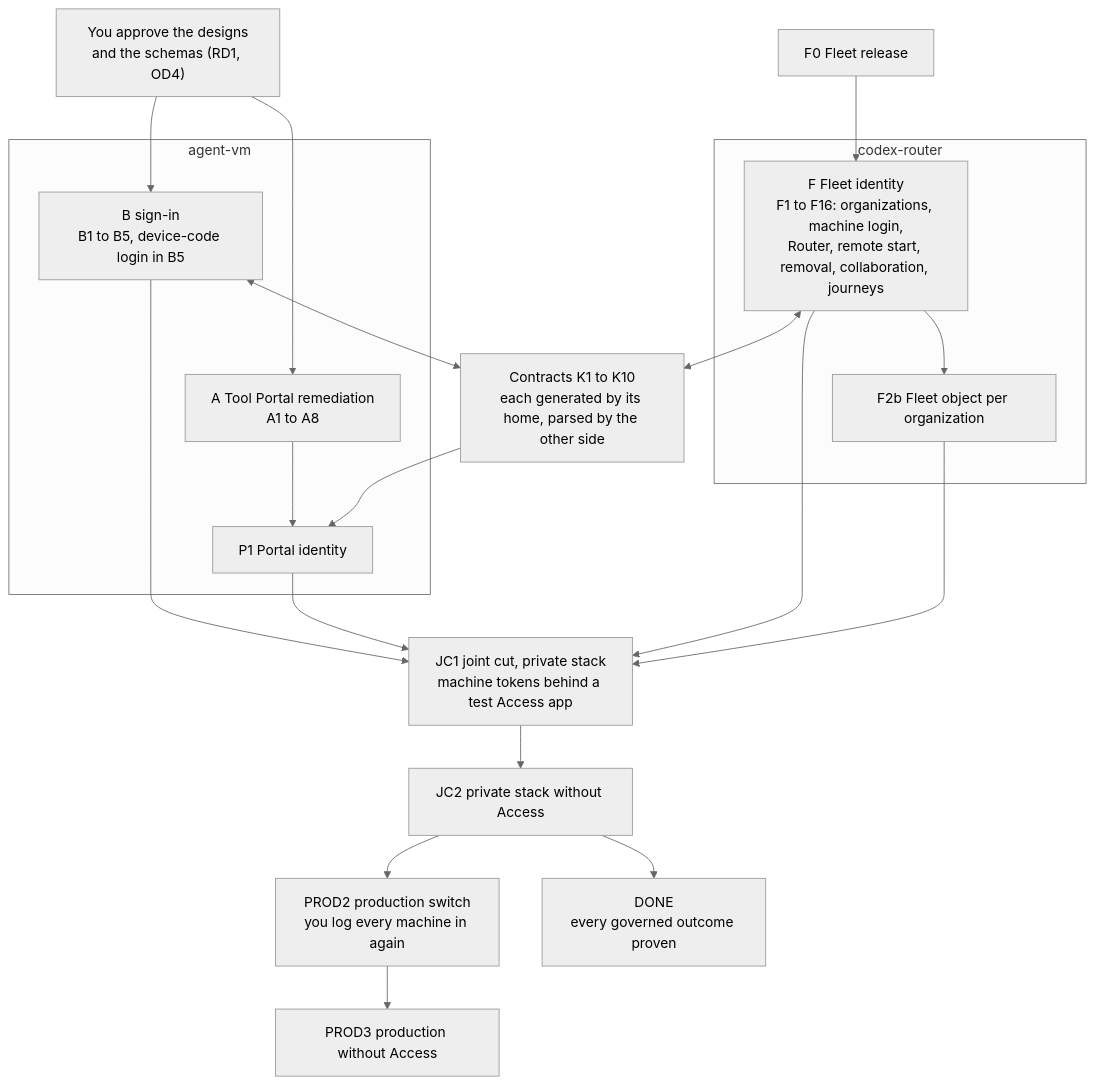
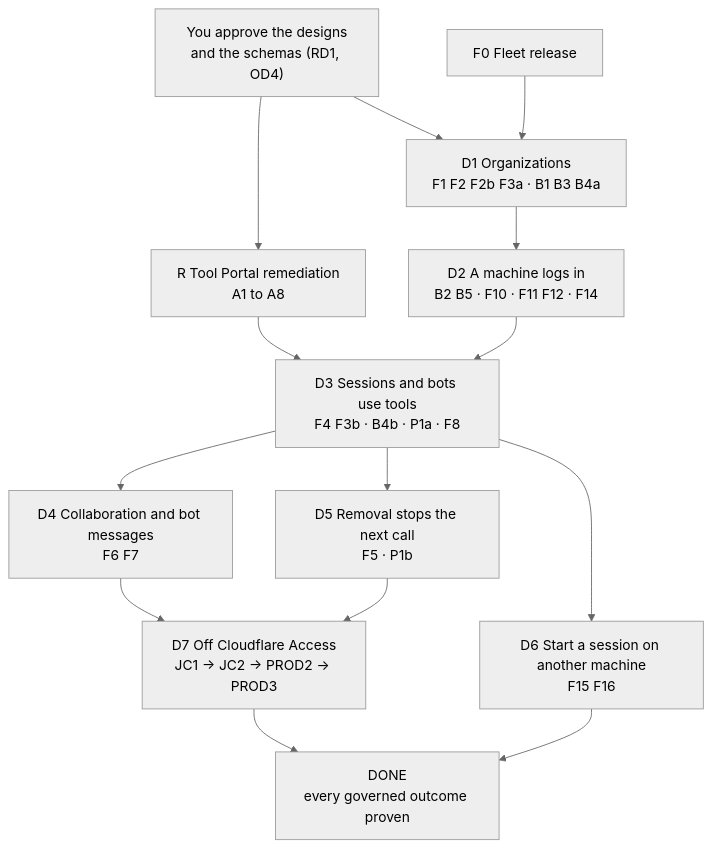
One commit to ShravanSunder/agent-vm changed the diagram in docs/specs/2026-10-24-delivery-orchestration/program-design.md. Above: the diagram before and after it, drawn with Mermaid (neutral theme). The commit also changed other lines of this file and 16 other files, not shown here.

````diff
--- a/docs/specs/2026-10-24-delivery-orchestration/program-design.md
+++ b/docs/specs/2026-10-24-delivery-orchestration/program-design.md
@@ -7,36 +7,27 @@
 ```mermaid
 flowchart TB
   APPROVE["You approve the designs<br/>and the schemas (RD1, OD4)"]
   F0["F0 Fleet release"]
-  subgraph AV["agent-vm"]
-    A["A Tool Portal remediation<br/>A1 to A8"]
-    B["B sign-in<br/>B1 to B5, device-code login in B5"]
-    P1["P1 Portal identity"]
-  end
-  subgraph CR["codex-router"]
-    F["F Fleet identity<br/>F1 to F16: organizations, machine login,<br/>Router, remote start, removal, collaboration, journeys"]
-    F2b["F2b Fleet object per organization"]
-  end
-  K["Contracts K1 to K10<br/>each generated by its home, parsed by the other side"]
-  JC1["JC1 joint cut, private stack<br/>machine tokens behind a test Access app"]
-  JC2["JC2 private stack without Access"]
-  PROD2["PROD2 production switch<br/>you log every machine in again"]
-  PROD3["PROD3 production without Access"]
+  R["R Tool Portal remediation<br/>A1 to A8"]
+  D1["D1 Organizations<br/>F1 F2 F2b F3a · B1 B3 B4a"]
+  D2["D2 A machine logs in<br/>B2 B5 · F10 · F11 F12 · F14"]
+  D3["D3 Sessions and bots use tools<br/>F4 F3b · B4b · P1a · F8"]
+  D4["D4 Collaboration and bot messages<br/>F6 F7"]
+  D5["D5 Removal stops the next call<br/>F5 · P1b"]
+  D6["D6 Start a session on another machine<br/>F15 F16"]
+  D7["D7 Off Cloudflare Access<br/>JC1 → JC2 → PROD2 → PROD3"]
   DONE["DONE<br/>every governed outcome proven"]
-  APPROVE --> A
-  APPROVE --> B
-  F0 --> F
-  A --> P1
-  F --> F2b
-  F <--> K
-  B <--> K
-  K --> P1
-  B --> JC1
-  P1 --> JC1
-  F --> JC1
-  F2b --> JC1
-  JC1 --> JC2
-  JC2 --> PROD2
-  PROD2 --> PROD3
-  JC2 --> DONE
+  APPROVE --> R
+  APPROVE --> D1
+  F0 --> D1
+  D1 --> D2
+  D2 --> D3
+  R --> D3
+  D3 --> D4
+  D3 --> D5
+  D3 --> D6
+  D4 --> D7
+  D5 --> D7
+  D6 --> DONE
+  D7 --> DONE
 ```
````
